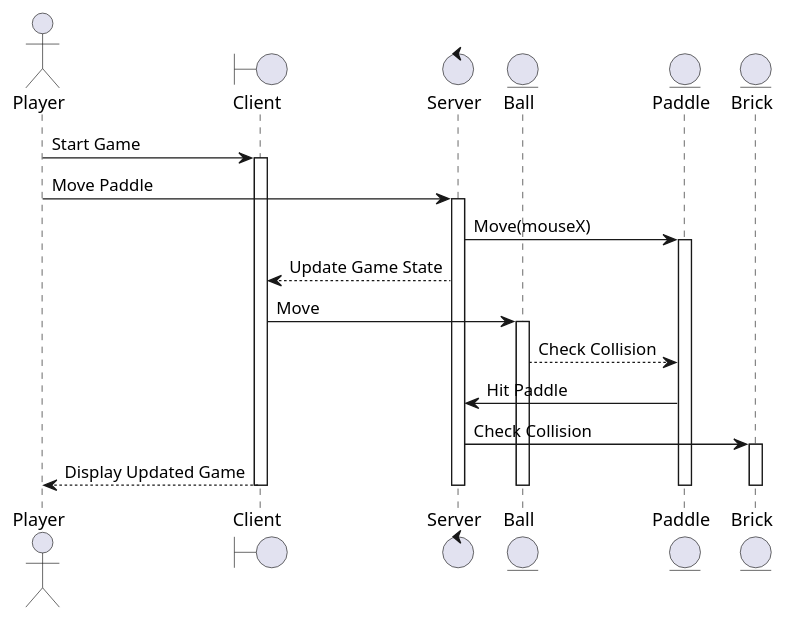
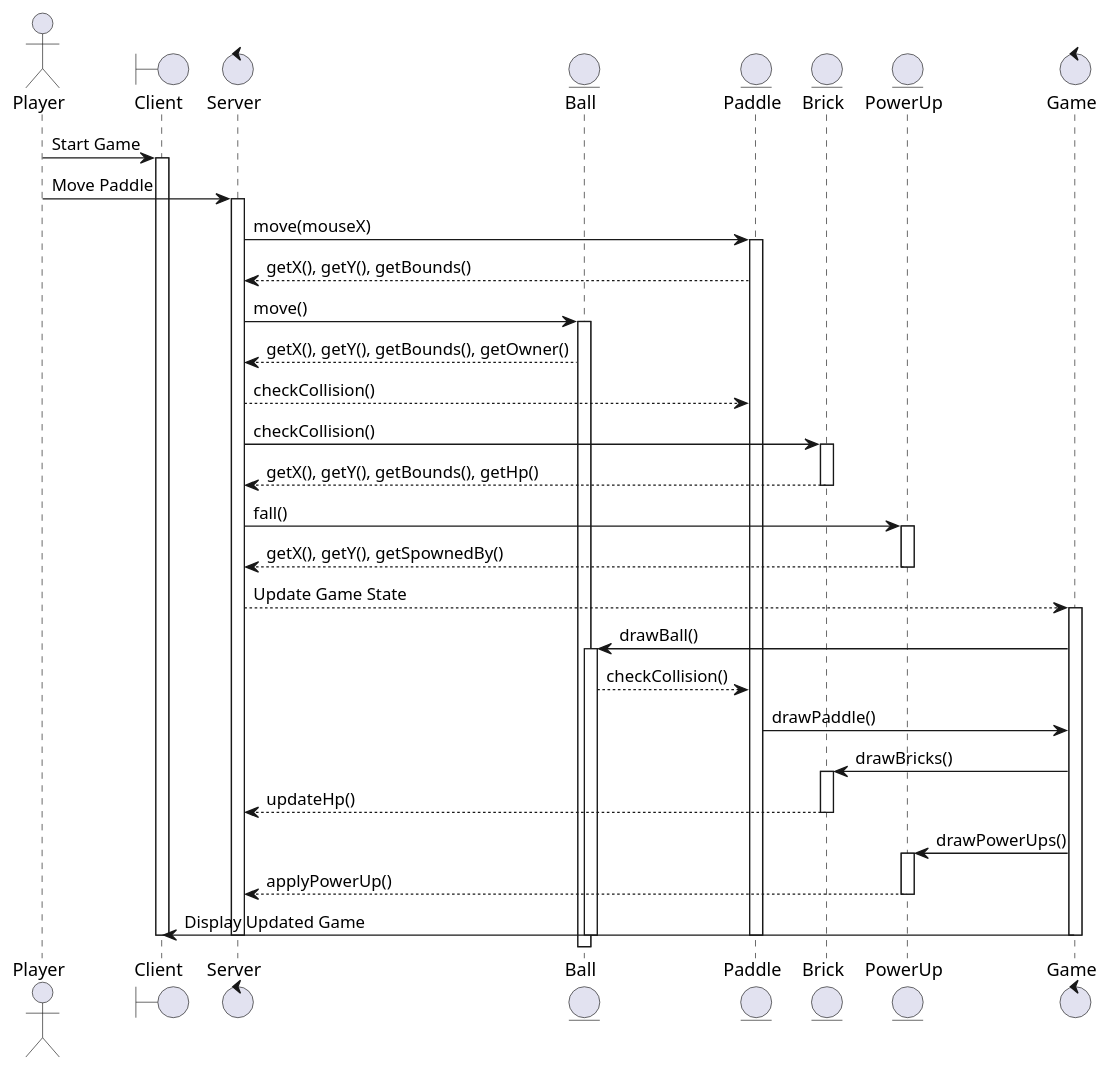
The diagram in RivalBallTournament/Documentazione/sequenceDiagram.puml (GianaEnea/RivalBallTournament), drawn with PlantUML before and after one commit. The commit also changed 4 other files, not shown here.

```diff
--- a/RivalBallTournament/Documentazione/sequenceDiagram.puml
+++ b/RivalBallTournament/Documentazione/sequenceDiagram.puml
@@ -1,34 +1,57 @@
 @startuml
 actor Player
 boundary Client
 control Server
 entity Ball
 entity Paddle
 entity Brick
+entity PowerUp 
+control Game
 
 Player -> Client: Start Game
 activate Client
 
 Player -> Server: Move Paddle
 activate Server
 
-Server -> Paddle: Move(mouseX)
+Server -> Paddle: move(mouseX)
 activate Paddle
+Paddle --> Server: getX(), getY(), getBounds()
 
-Server --> Client: Update Game State
-Client -> Ball: Move
+Server -> Ball: move()
 activate Ball
+Ball --> Server: getX(), getY(), getBounds(), getOwner()
+Server --> Paddle: checkCollision()
 
-Ball --> Paddle: Check Collision
-Paddle -> Server: Hit Paddle
+Server -> Brick: checkCollision()
+activate Brick
+Brick --> Server: getX(), getY(), getBounds(), getHp()
+deactivate Brick
 
-Server -> Brick: Check Collision
+Server -> PowerUp: fall()
+activate PowerUp
+PowerUp --> Server: getX(), getY(), getSpownedBy()
+deactivate PowerUp
+
+Server --> Game: Update Game State
+activate Game
+Game -> Ball: drawBall()
+activate Ball
+Ball --> Paddle: checkCollision()
+Paddle -> Game: drawPaddle()
+Game -> Brick: drawBricks()
 activate Brick
-
-Client --> Player: Display Updated Game
+Brick --> Server: updateHp()
+deactivate Brick
+Game -> PowerUp: drawPowerUps()
+activate PowerUp
+PowerUp --> Server: applyPowerUp()
+deactivate PowerUp
+Game -> Client: Display Updated Game
+deactivate Game
 deactivate Server
 deactivate Paddle
 deactivate Ball
 deactivate Brick
 deactivate Client
 @enduml
```
